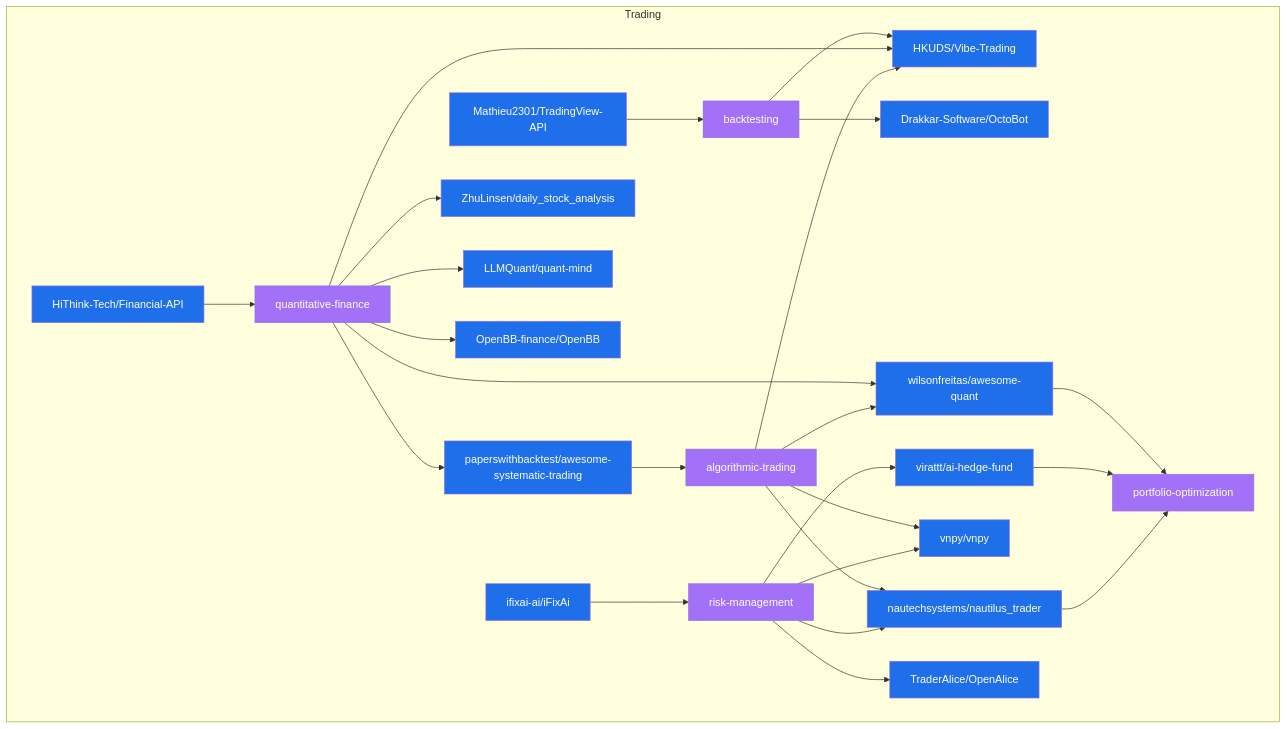
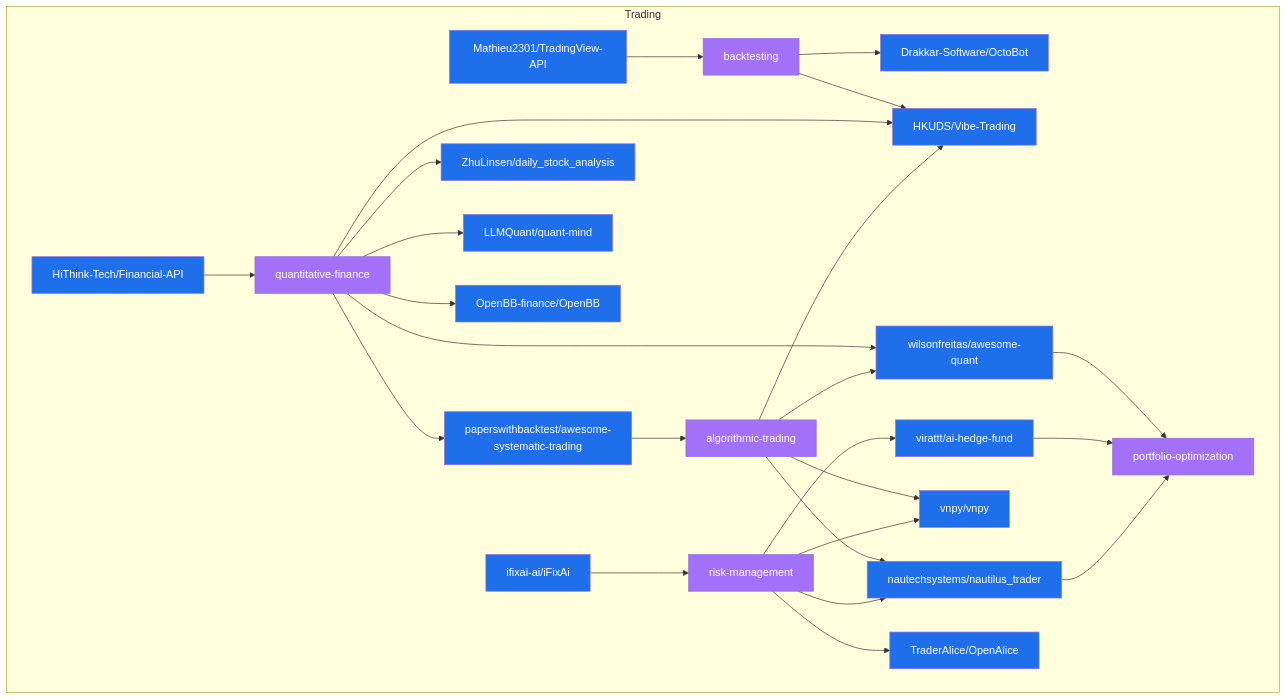
Before and after one commit to Meru143/star-graph: the diagram in data/star_graph_trading.mermaid, drawn with Mermaid. The commit also changed other lines of this file and 15 other files, not shown here.

Commit message:
chore: weekly star graph update 2026-09-21

```diff
--- a/data/star_graph_trading.mermaid
+++ b/data/star_graph_trading.mermaid
@@ -1,50 +1,50 @@
 graph TD
   subgraph trading ["Trading"]
+    Drakkar_Software_OctoBot["Drakkar-Software/OctoBot"]:::repo
+    algorithmic_trading["algorithmic-trading"]:::topic
+    risk_management["risk-management"]:::topic
+    quantitative_finance["quantitative-finance"]:::topic
+    virattt_ai_hedge_fund["virattt/ai-hedge-fund"]:::repo
+    vnpy_vnpy["vnpy/vnpy"]:::repo
+    Mathieu2301_TradingView_API["Mathieu2301/TradingView-API"]:::repo
+    wilsonfreitas_awesome_quant["wilsonfreitas/awesome-quant"]:::repo
+    OpenBB_finance_OpenBB["OpenBB-finance/OpenBB"]:::repo
+    nautechsystems_nautilus_trader["nautechsystems/nautilus_trader"]:::repo
+    LLMQuant_quant_mind["LLMQuant/quant-mind"]:::repo
     HiThink_Tech_Financial_API["HiThink-Tech/Financial-API"]:::repo
-    quantitative_finance["quantitative-finance"]:::topic
-    algorithmic_trading["algorithmic-trading"]:::topic
+    TraderAlice_OpenAlice["TraderAlice/OpenAlice"]:::repo
+    paperswithbacktest_awesome_systematic_trading["paperswithbacktest/awesome-systematic-trading"]:::repo
+    portfolio_optimization["portfolio-optimization"]:::topic
+    backtesting["backtesting"]:::topic
+    ZhuLinsen_daily_stock_analysis["ZhuLinsen/daily_stock_analysis"]:::repo
+    ifixai_ai_iFixAi["ifixai-ai/iFixAi"]:::repo
     HKUDS_Vibe_Trading["HKUDS/Vibe-Trading"]:::repo
-    ifixai_ai_iFixAi["ifixai-ai/iFixAi"]:::repo
-    risk_management["risk-management"]:::topic
-    backtesting["backtesting"]:::topic
-    wilsonfreitas_awesome_quant["wilsonfreitas/awesome-quant"]:::repo
-    Drakkar_Software_OctoBot["Drakkar-Software/OctoBot"]:::repo
-    virattt_ai_hedge_fund["virattt/ai-hedge-fund"]:::repo
-    paperswithbacktest_awesome_systematic_trading["paperswithbacktest/awesome-systematic-trading"]:::repo
-    Mathieu2301_TradingView_API["Mathieu2301/TradingView-API"]:::repo
-    ZhuLinsen_daily_stock_analysis["ZhuLinsen/daily_stock_analysis"]:::repo
-    OpenBB_finance_OpenBB["OpenBB-finance/OpenBB"]:::repo
-    LLMQuant_quant_mind["LLMQuant/quant-mind"]:::repo
-    portfolio_optimization["portfolio-optimization"]:::topic
-    TraderAlice_OpenAlice["TraderAlice/OpenAlice"]:::repo
-    vnpy_vnpy["vnpy/vnpy"]:::repo
-    nautechsystems_nautilus_trader["nautechsystems/nautilus_trader"]:::repo
   end
   Mathieu2301_TradingView_API --> backtesting
   backtesting --> HKUDS_Vibe_Trading
   backtesting --> Drakkar_Software_OctoBot
   HiThink_Tech_Financial_API --> quantitative_finance
   quantitative_finance --> paperswithbacktest_awesome_systematic_trading
   quantitative_finance --> ZhuLinsen_daily_stock_analysis
   quantitative_finance --> wilsonfreitas_awesome_quant
   quantitative_finance --> HKUDS_Vibe_Trading
   quantitative_finance --> LLMQuant_quant_mind
   quantitative_finance --> OpenBB_finance_OpenBB
   paperswithbacktest_awesome_systematic_trading --> algorithmic_trading
   algorithmic_trading --> HKUDS_Vibe_Trading
   algorithmic_trading --> wilsonfreitas_awesome_quant
   algorithmic_trading --> nautechsystems_nautilus_trader
   algorithmic_trading --> vnpy_vnpy
   ifixai_ai_iFixAi --> risk_management
   risk_management --> virattt_ai_hedge_fund
   risk_management --> nautechsystems_nautilus_trader
   risk_management --> TraderAlice_OpenAlice
   risk_management --> vnpy_vnpy
   wilsonfreitas_awesome_quant --> portfolio_optimization
   virattt_ai_hedge_fund --> portfolio_optimization
   nautechsystems_nautilus_trader --> portfolio_optimization
   classDef repo fill:#1f6feb,color:#fff;
   classDef topic fill:#a371f7,color:#fff;
   classDef technology fill:#3fb950,color:#fff;
   classDef use_case fill:#d29922,color:#fff;
   classDef architecture fill:#f85149,color:#fff;
```
